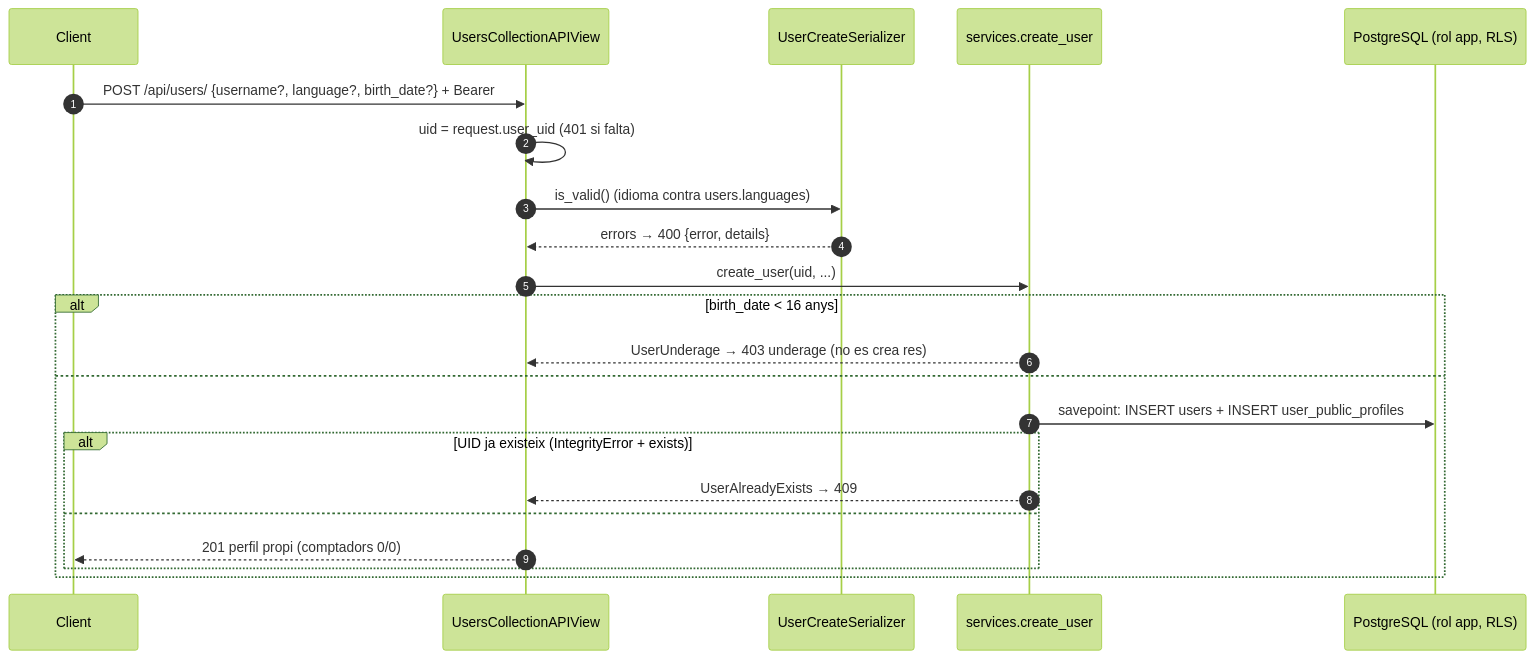
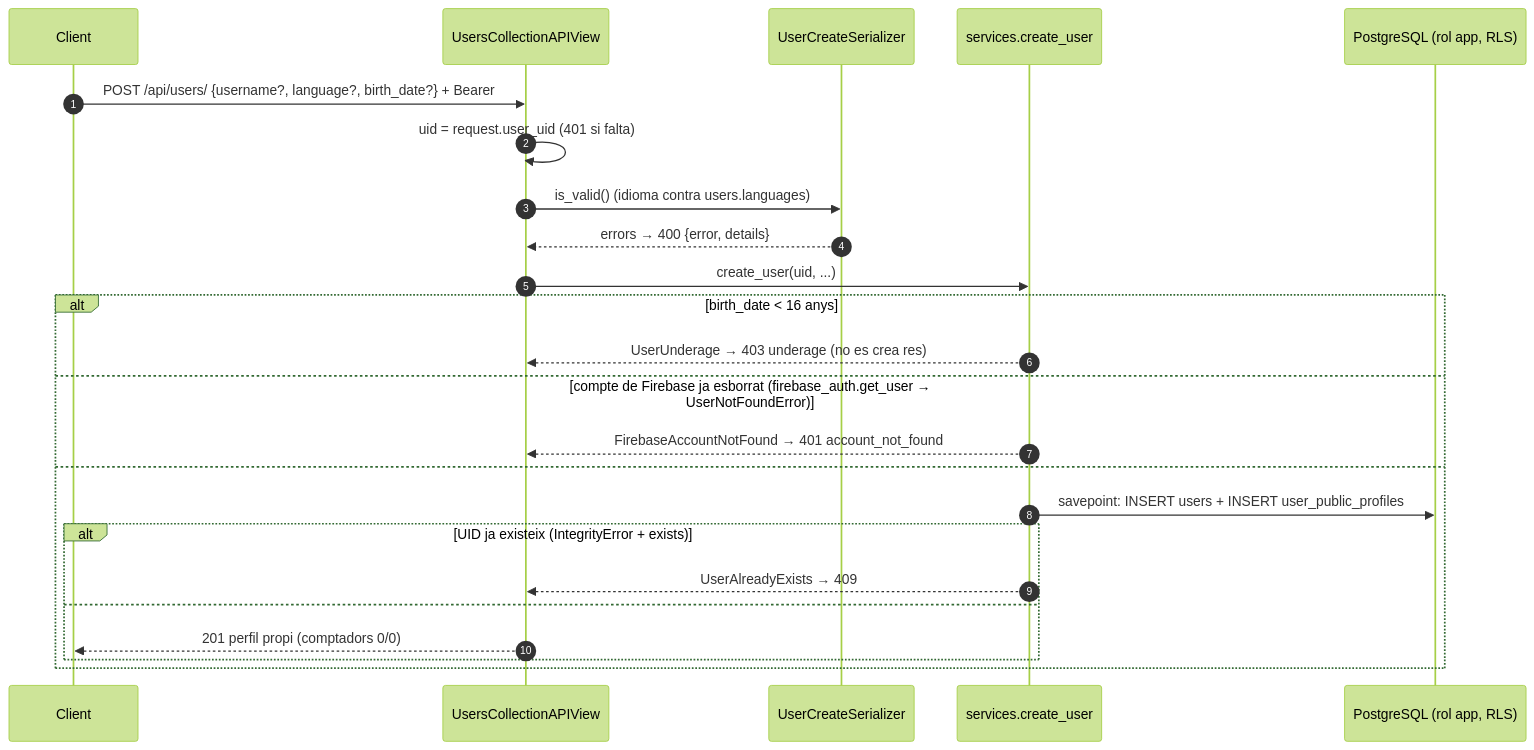
Before and after one commit to jordirev/RefugisLliures_Backend: the first of 2 diagrams in docs/flows/01-user-profile.md, drawn with Mermaid (forest theme). The commit also changed other lines of this file and 11 other files, not shown here.

First line of the commit message:
[Usuaris] feat: el backend esborra el compte de Firebase Auth a DELETE /users/{uid}/ (U7)

````diff
--- a/docs/flows/01-user-profile.md
+++ b/docs/flows/01-user-profile.md
@@ -28,25 +28,27 @@
 ```mermaid
 sequenceDiagram
     autonumber
     participant C as Client
     participant V as UsersCollectionAPIView
     participant S as UserCreateSerializer
     participant SV as services.create_user
     participant DB as PostgreSQL (rol app, RLS)
 
     C->>V: POST /api/users/ {username?, language?, birth_date?} + Bearer
     V->>V: uid = request.user_uid (401 si falta)
     V->>S: is_valid() (idioma contra users.languages)
     S-->>V: errors → 400 {error, details}
     V->>SV: create_user(uid, ...)
     alt birth_date < 16 anys
         SV-->>V: UserUnderage → 403 underage (no es crea res)
+    else compte de Firebase ja esborrat (firebase_auth.get_user → UserNotFoundError)
+        SV-->>V: FirebaseAccountNotFound → 401 account_not_found
     else
         SV->>DB: savepoint: INSERT users + INSERT user_public_profiles
         alt UID ja existeix (IntegrityError + exists)
             SV-->>V: UserAlreadyExists → 409
         else
             V-->>C: 201 perfil propi (comptadors 0/0)
         end
     end
 ```
````
